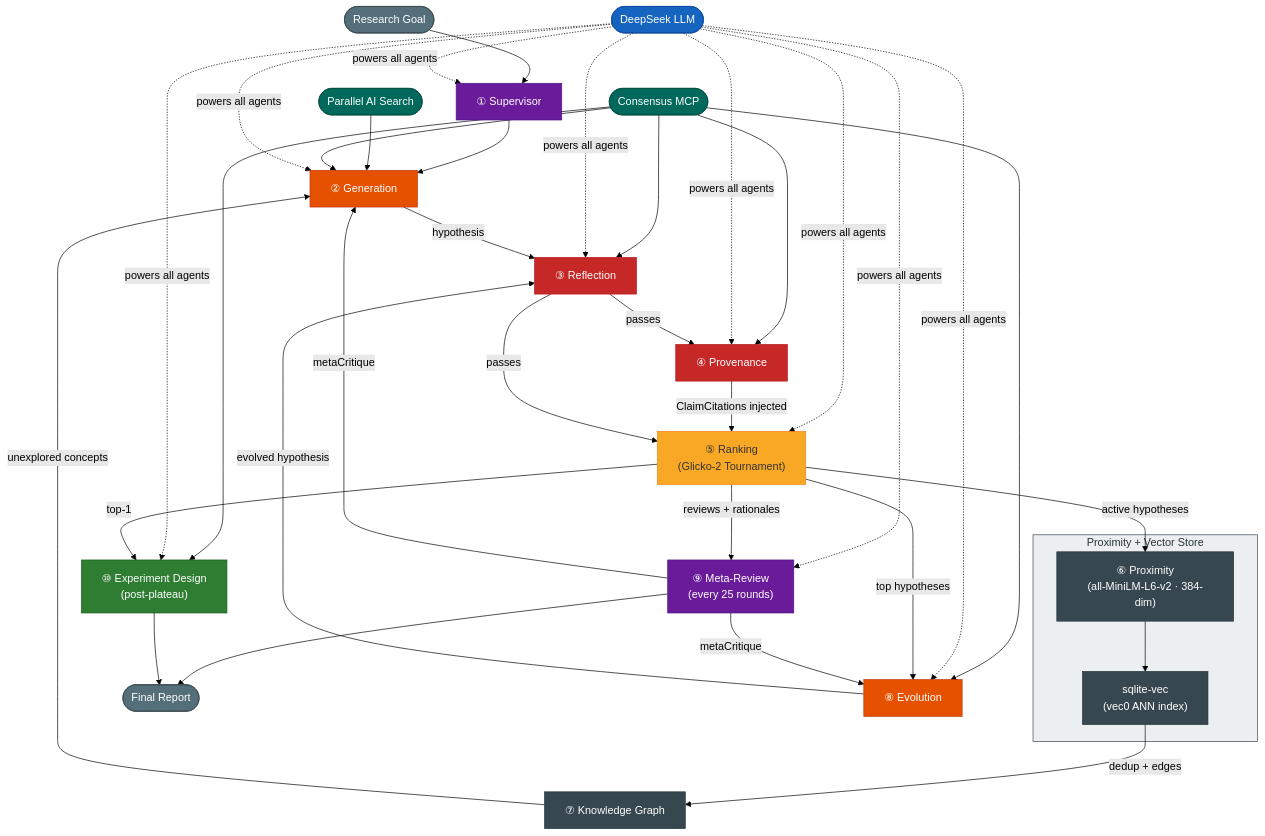
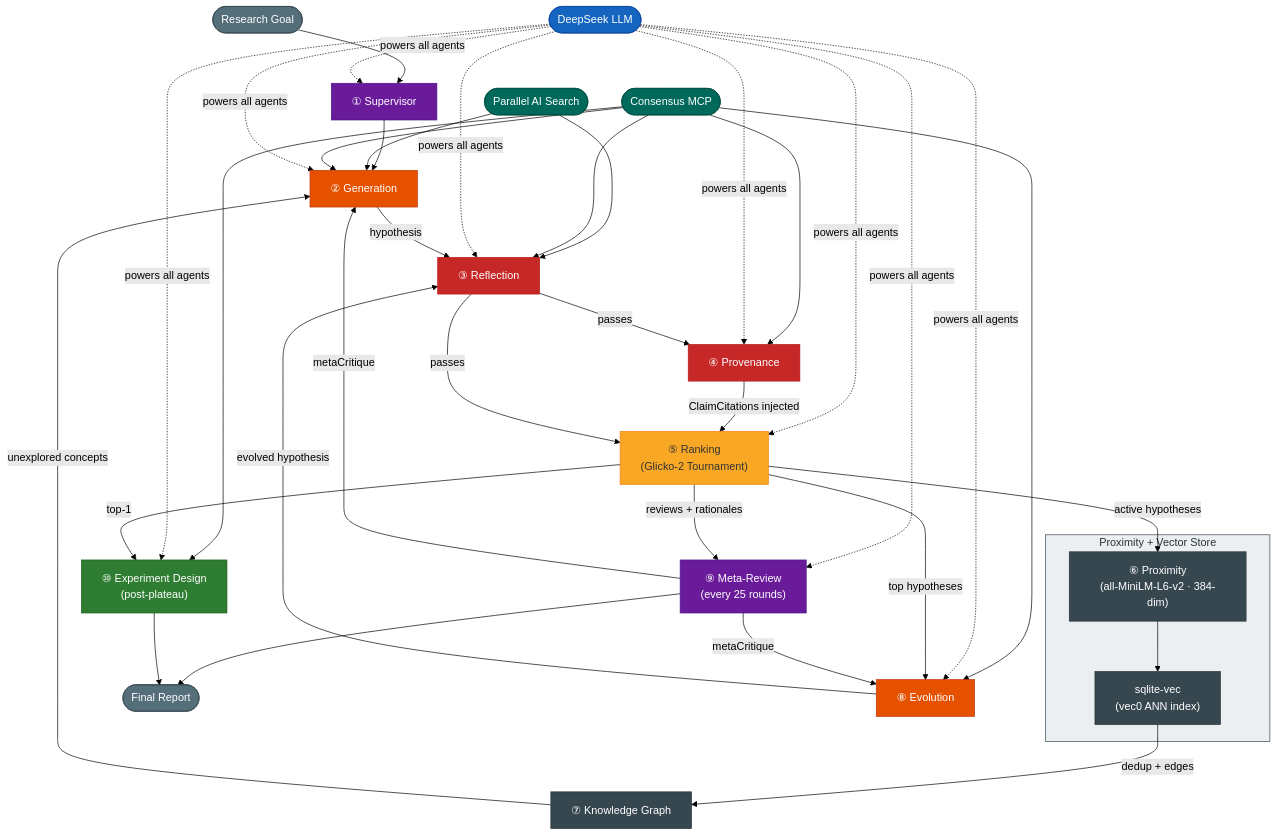
One commit to raktim-mondol/co-scientist changed the diagram in README.md. Above: the diagram before and after it, drawn with Mermaid (forest theme). The commit also changed other lines of this file and 5 other files, not shown here.

````diff
--- a/README.md
+++ b/README.md
@@ -129,77 +129,78 @@
 ```mermaid
 flowchart TD
     GOAL(["Research Goal"])
     OUT(["Final Report"])
 
     DS(["DeepSeek LLM"])
     PAI(["Parallel AI Search"])
     CON(["Consensus MCP"])
 
     SUP["① Supervisor"]
     GEN["② Generation"]
     REF["③ Reflection"]
     PROV["④ Provenance"]
     RANK["⑤ Ranking<br/>(Glicko-2 Tournament)"]
 
     subgraph PROXVEC["Proximity + Vector Store"]
         PROX["⑥ Proximity<br/>(all-MiniLM-L6-v2 · 384-dim)"]
         VEC2["sqlite-vec<br/>(vec0 ANN index)"]
         PROX --> VEC2
     end
 
     KG["⑦ Knowledge Graph"]
     EVOL["⑧ Evolution"]
     META["⑨ Meta-Review<br/>(every 25 rounds)"]
     DESIGN["⑩ Experiment Design<br/>(post-plateau)"]
 
     %% ── Main flow ────────────────────────────────────────────────
     GOAL --> SUP --> GEN
 
     PAI --> GEN
     CON --> GEN
+    PAI --> REF
     CON --> REF
     CON --> PROV
     CON --> EVOL
     CON --> DESIGN
 
     DS -.->|powers all agents| SUP & GEN & REF & PROV & RANK & EVOL & META & DESIGN
 
     GEN -->|hypothesis| REF
     REF -->|passes| PROV
     PROV -->|ClaimCitations injected| RANK
     REF -->|passes| RANK
     RANK -->|top hypotheses| EVOL
     EVOL -->|evolved hypothesis| REF
 
     RANK -->|active hypotheses| PROX
     VEC2 -->|dedup + edges| KG
     KG -->|unexplored concepts| GEN
 
     RANK -->|reviews + rationales| META
     META -->|metaCritique| GEN
     META -->|metaCritique| EVOL
 
     RANK -->|top-1| DESIGN
 
     META --> OUT
     DESIGN --> OUT
 
     %% ── Colors ───────────────────────────────────────────────────
     style GOAL     fill:#546E7A,color:#fff,stroke:#37474F
     style OUT      fill:#546E7A,color:#fff,stroke:#37474F
     style DS       fill:#1565C0,color:#fff,stroke:#0D47A1
     style PAI      fill:#00695C,color:#fff,stroke:#004D40
     style CON      fill:#00695C,color:#fff,stroke:#004D40
     style SUP      fill:#6A1B9A,color:#fff,stroke:#4A148C
     style META     fill:#6A1B9A,color:#fff,stroke:#4A148C
     style GEN      fill:#E65100,color:#fff,stroke:#BF360C
     style EVOL     fill:#E65100,color:#fff,stroke:#BF360C
     style REF      fill:#C62828,color:#fff,stroke:#B71C1C
     style PROV     fill:#C62828,color:#fff,stroke:#B71C1C
     style RANK     fill:#F9A825,color:#333,stroke:#F57F17
     style PROX     fill:#37474F,color:#fff,stroke:#263238
     style VEC2     fill:#37474F,color:#fff,stroke:#263238
     style KG       fill:#37474F,color:#fff,stroke:#263238
     style DESIGN   fill:#2E7D32,color:#fff,stroke:#1B5E20
     style PROXVEC  fill:#ECEFF1,stroke:#37474F,color:#263238
 ```
````
